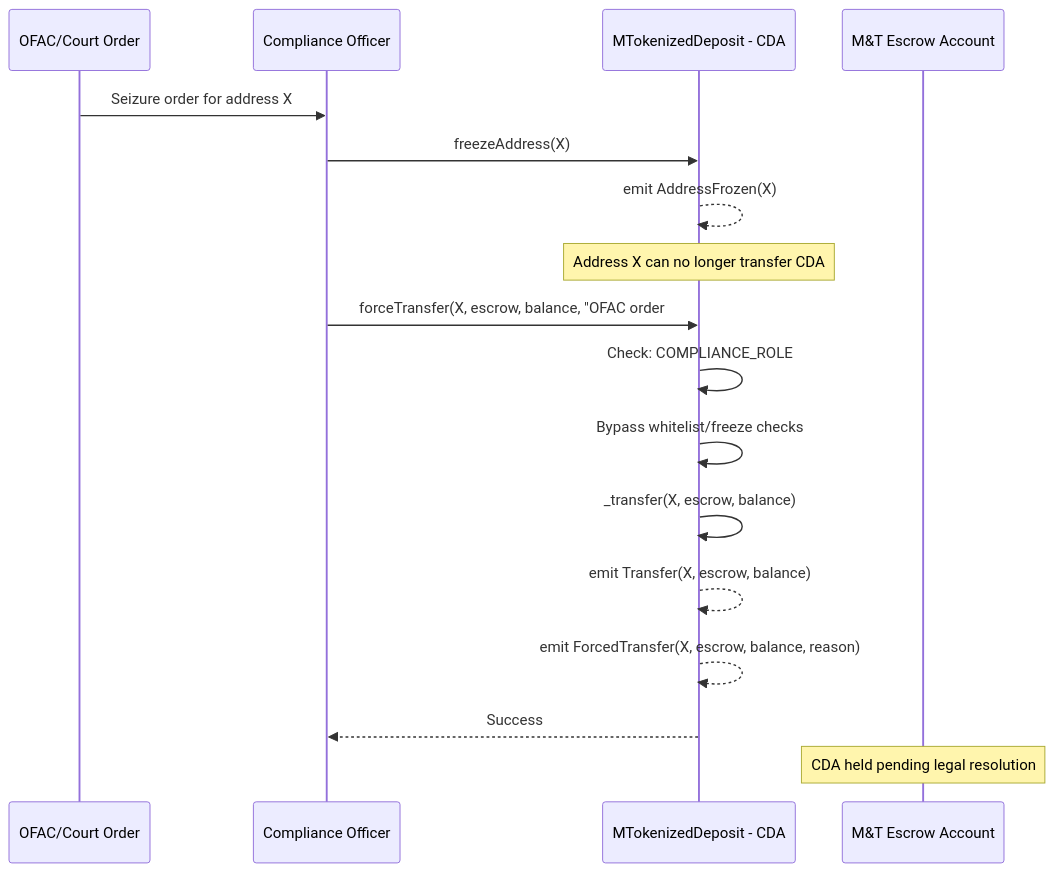
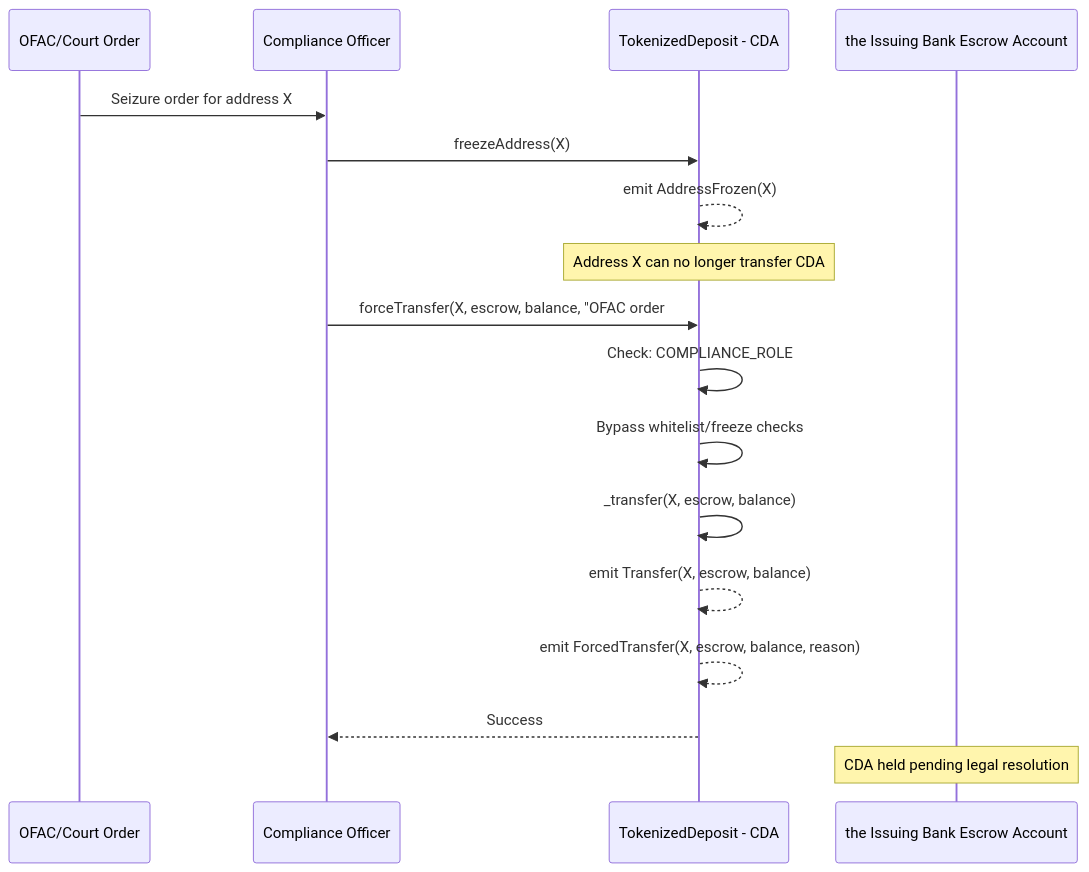
The sixth of 6 diagrams in docs/contract_flow_diagrams.md (jnodes/tokenized-deposits), drawn with Mermaid before and after one commit. The commit also changed other lines of this file and 160 other files, not shown here.

````diff
--- a/docs/contract_flow_diagrams.md
+++ b/docs/contract_flow_diagrams.md
@@ -187,22 +187,22 @@
 ```mermaid
 sequenceDiagram
     participant OFAC as OFAC/Court Order
     participant Compliance as Compliance Officer
-    participant Token as MTokenizedDeposit - CDA
-    participant Escrow as M&T Escrow Account
+    participant Token as TokenizedDeposit - CDA
+    participant Escrow as the Issuing Bank Escrow Account
 
     OFAC->>Compliance: Seizure order for address X
     Compliance->>Token: freezeAddress(X)
     Token-->>Token: emit AddressFrozen(X)
     Note over Token: Address X can no longer transfer CDA
 
     Compliance->>Token: forceTransfer(X, escrow, balance, "OFAC order #123")
     Token->>Token: Check: COMPLIANCE_ROLE
     Token->>Token: Bypass whitelist/freeze checks
     Token->>Token: _transfer(X, escrow, balance)
     Token-->>Token: emit Transfer(X, escrow, balance)
     Token-->>Token: emit ForcedTransfer(X, escrow, balance, reason)
     Token-->>Compliance: Success
 
     Note over Escrow: CDA held pending legal resolution
 ```
````
